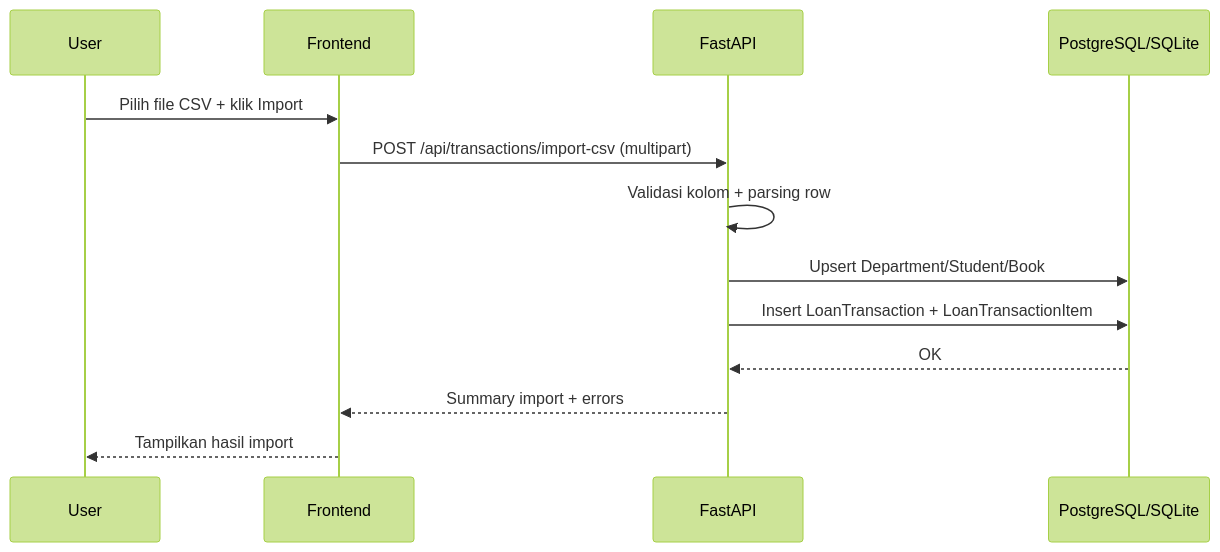
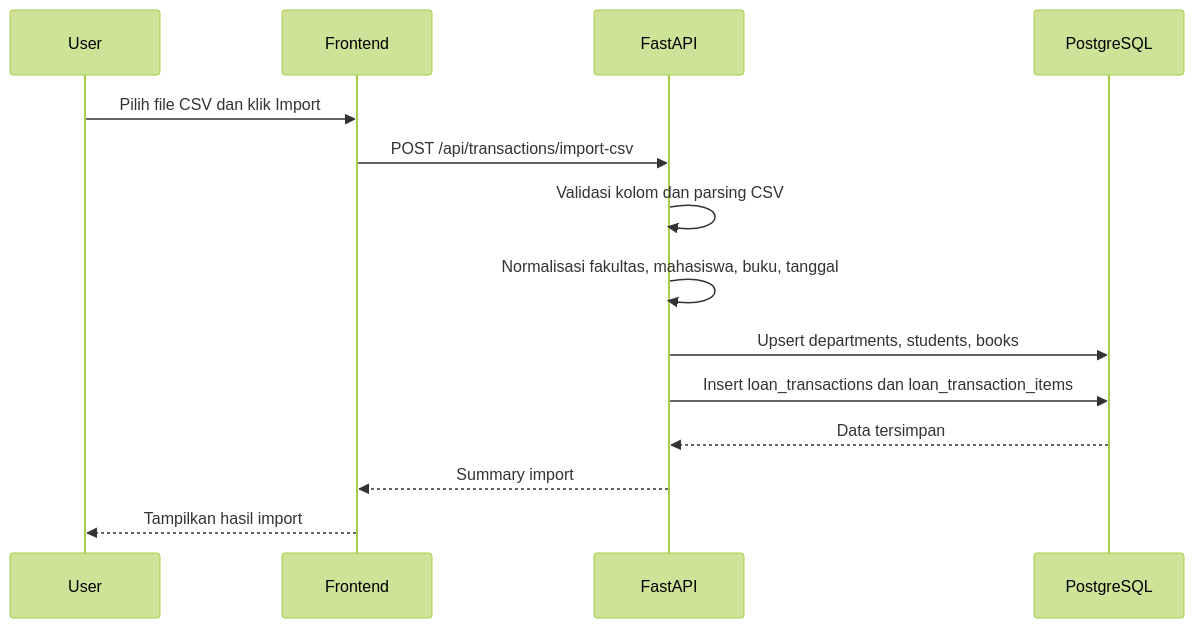
The sixth of 9 diagrams in frontend/public/docs/diagram_skripsi.md (aldamadz/algoritma-apriori), drawn with Mermaid (forest theme) before and after one commit. The commit also changed other lines of this file and 55 other files, not shown here.

````diff
--- a/frontend/public/docs/diagram_skripsi.md
+++ b/frontend/public/docs/diagram_skripsi.md
@@ -142,16 +141,17 @@
 ```mermaid
 sequenceDiagram
   participant U as User
   participant FE as Frontend
   participant API as FastAPI
-  participant DB as PostgreSQL/SQLite
+  participant DB as PostgreSQL
 
-  U->>FE: Pilih file CSV + klik Import
-  FE->>API: POST /api/transactions/import-csv (multipart)
-  API->>API: Validasi kolom + parsing row
-  API->>DB: Upsert Department/Student/Book
-  API->>DB: Insert LoanTransaction + LoanTransactionItem
-  DB-->>API: OK
-  API-->>FE: Summary import + errors
+  U->>FE: Pilih file CSV dan klik Import
+  FE->>API: POST /api/transactions/import-csv
+  API->>API: Validasi kolom dan parsing CSV
+  API->>API: Normalisasi fakultas, mahasiswa, buku, tanggal
+  API->>DB: Upsert departments, students, books
+  API->>DB: Insert loan_transactions dan loan_transaction_items
+  DB-->>API: Data tersimpan
+  API-->>FE: Summary import
   FE-->>U: Tampilkan hasil import
 ```
````
